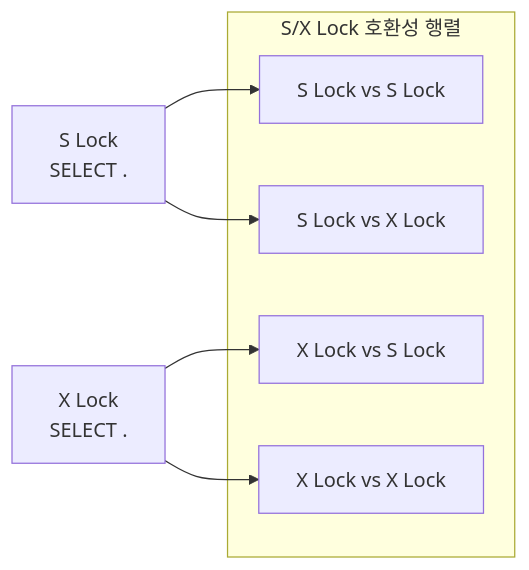
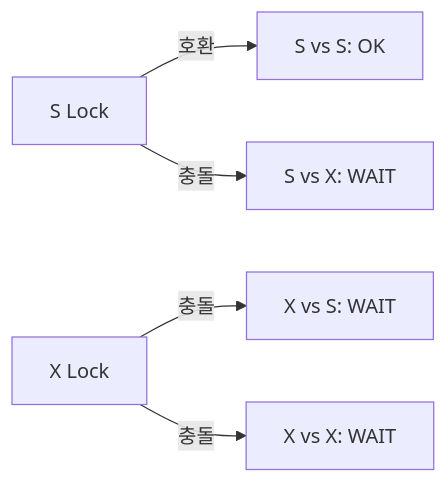
Before and after one commit to yjkim2015/yjkim2015.github.io: the first of 5 diagrams in _posts/db/2026-05-01-db-locks.md, drawn with Mermaid. The commit also changed 155 other files, not shown here.

First line of the commit message:
Mermaid 전면 수정: subgraph 제거, participant/노드/줄수 축소 (342블록)

````diff
--- a/_posts/db/2026-05-01-db-locks.md
+++ b/_posts/db/2026-05-01-db-locks.md
@@ -31,13 +31,7 @@
 ```mermaid
 graph LR
-    subgraph "호환성"["S/X Lock 호환성 행렬"]
-        SS["S Lock vs S Lock<b"]
-        SX["S Lock vs X Lock<b"]
-        XS["X Lock vs S Lock<b"]
-        XX["X Lock vs X Lock<b"]
-    end
-    SLock["S Lock<br>SELECT ."] --> SS
-    SLock --> SX
-    XLock["X Lock<br>SELECT ."] --> XS
-    XLock --> XX
+    SLock["S Lock"] -->|"호환"| SS["S vs S: OK"]
+    SLock -->|"충돌"| SX["S vs X: WAIT"]
+    XLock["X Lock"] -->|"충돌"| XS["X vs S: WAIT"]
+    XLock -->|"충돌"| XX["X vs X: WAIT"]
 ```
````
